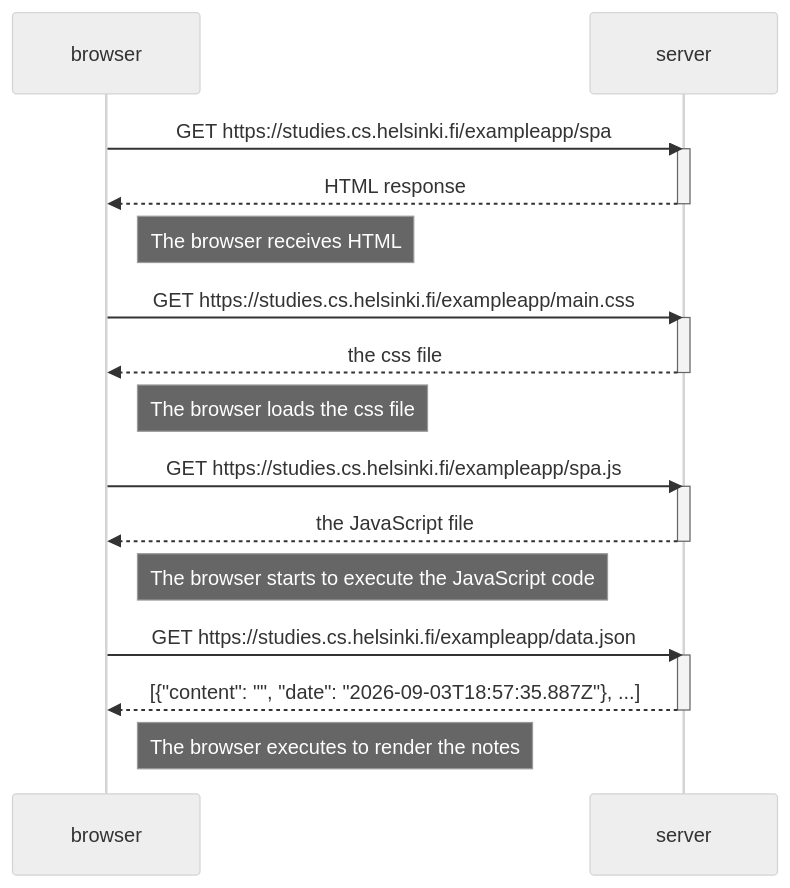
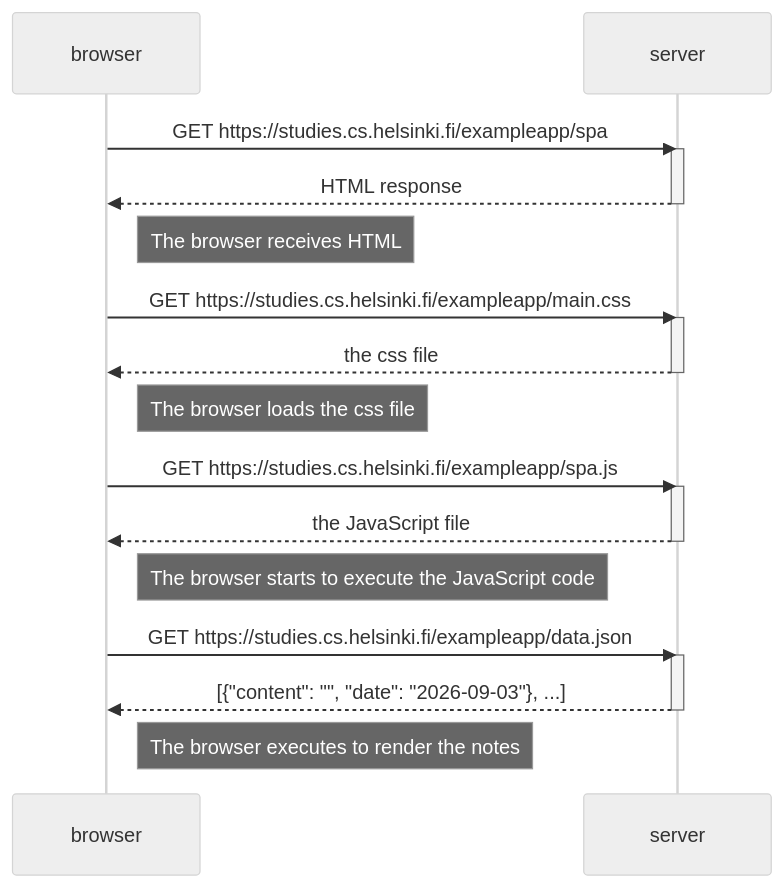
One commit to onnanna/fullstack-palautusrepo changed the diagram in osa0/singlepageapp.md. Above: the diagram before and after it, drawn with Mermaid (neutral theme).

Commit message:
typo fix

````diff
--- a/osa0/singlepageapp.md
+++ b/osa0/singlepageapp.md
@@ -1,33 +1,33 @@
 ```mermaid
 sequenceDiagram
   participant browser
   participant server
 
   browser->>server: GET https://studies.cs.helsinki.fi/exampleapp/spa
   activate server
   server-->>browser: HTML response
   deactivate server
 
   Note right of browser: The browser receives HTML
 
   browser->>server: GET https://studies.cs.helsinki.fi/exampleapp/main.css
   activate server
   server-->>browser: the css file
   deactivate server
 
   Note right of browser: The browser loads the css file
 
   browser->>server: GET https://studies.cs.helsinki.fi/exampleapp/spa.js
   activate server
   server-->>browser: the JavaScript file
   deactivate server
 
   Note right of browser: The browser starts to execute the JavaScript code
 
   browser->>server: GET https://studies.cs.helsinki.fi/exampleapp/data.json
   activate server
-  server-->>browser: [{"content": "", "date": "2026-09-03T18:57:35.887Z"}, ...]
+  server-->>browser: [{"content": "", "date": "2026-09-03"}, ...]
   deactivate server
 
   Note right of browser: The browser executes to render the notes
 ```
````
